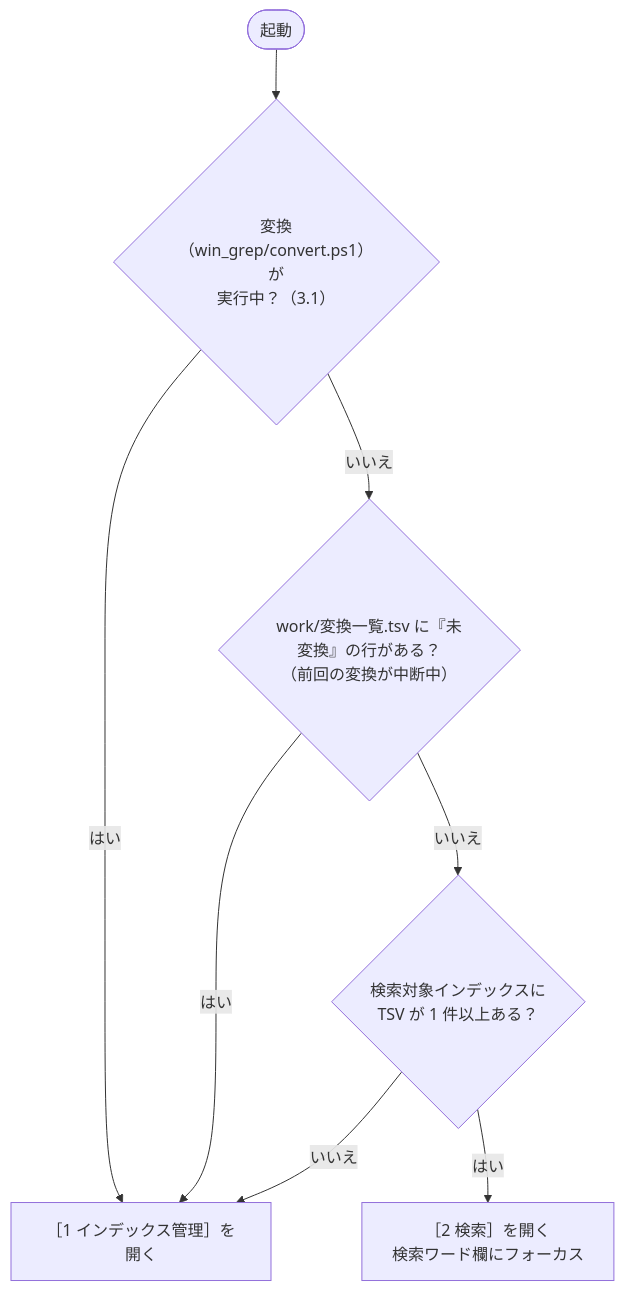
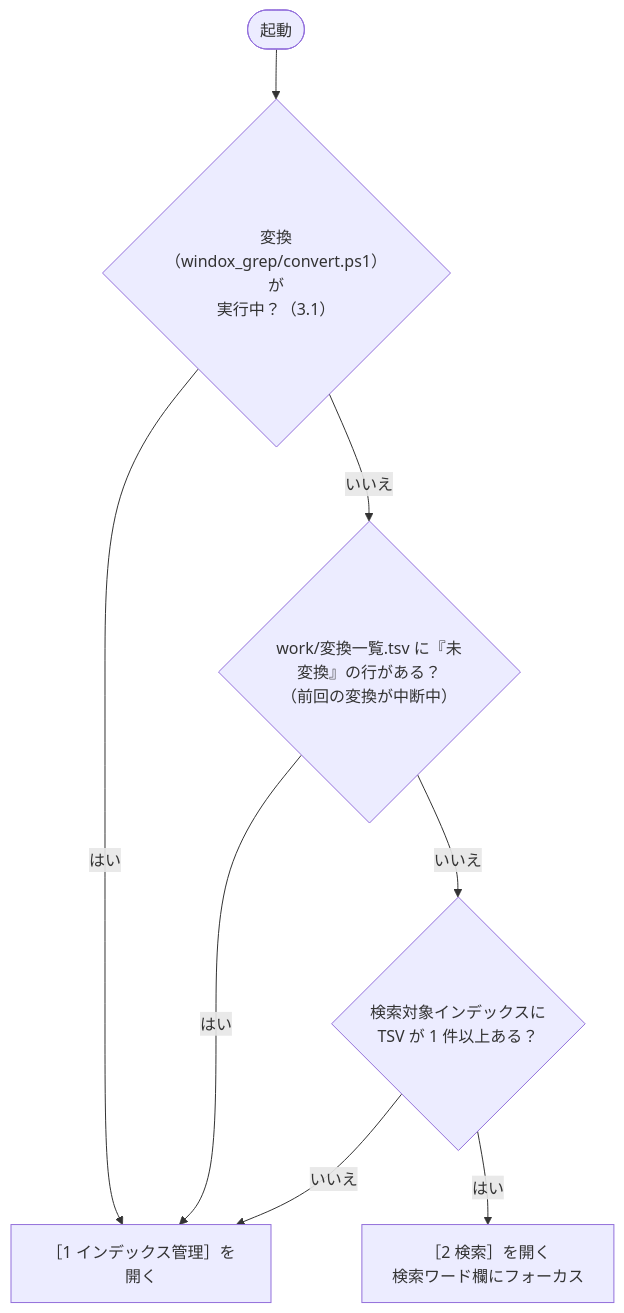
The diagram in docs/03_画面.md (hsgwa/tebunko), drawn with Mermaid before and after one commit. The commit also changed other lines of this file and 108 other files, not shown here.

First line of the commit message:
リポジトリ名を windox にし、ツール名を windox_grep へ改める

````diff
--- a/docs/03_画面.md
+++ b/docs/03_画面.md
@@ -97,10 +97,10 @@
 ```mermaid
 flowchart TD
-    S(["起動"]) --> R{"変換（win_grep/convert.ps1）が<br>実行中？（3.1）"}
+    S(["起動"]) --> R{"変換（windox_grep/convert.ps1）が<br>実行中？（3.1）"}
     R -- はい --> T1
     R -- いいえ --> A{"work/変換一覧.tsv に『未変換』の行がある？<br>（前回の変換が中断中）"}
     A -- はい --> T1["［1 インデックス管理］を開く"]
     A -- いいえ --> B{"検索対象インデックスに<br>TSV が 1 件以上ある？"}
     B -- いいえ --> T1
     B -- はい --> T2["［2 検索］を開く<br>検索ワード欄にフォーカス"]
 ```
````
